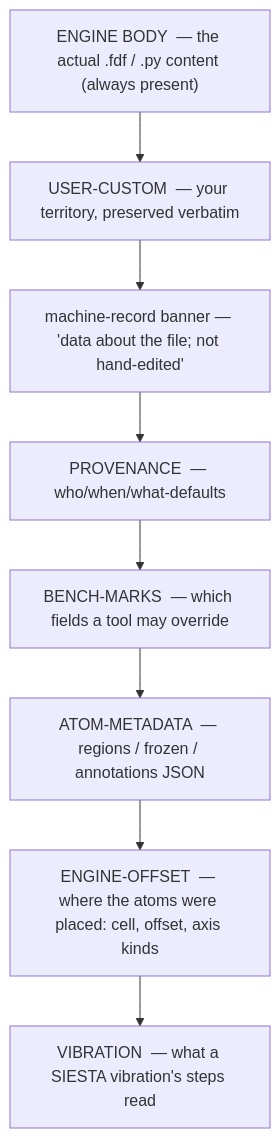
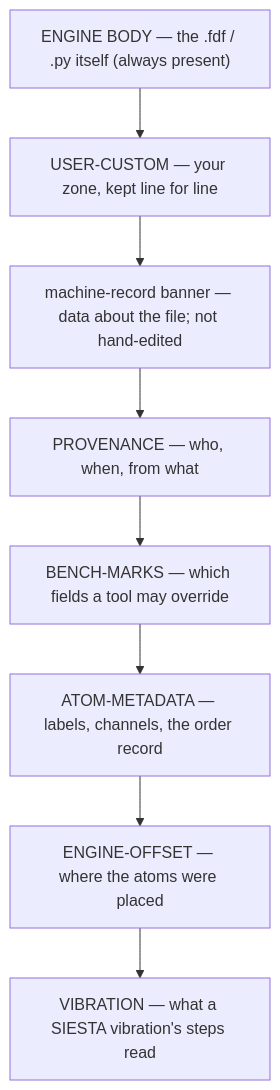
One commit to Qing-LAB/molbuilder changed the first of 2 diagrams in docs/execution/job-contracts.md. Above: the diagram before and after it, drawn with Mermaid. The commit also changed other lines of this file and 30 other files, not shown here.

````diff
--- a/docs/execution/job-contracts.md
+++ b/docs/execution/job-contracts.md
@@ -1099,12 +619,12 @@
 ```mermaid
 flowchart TD
-    E["ENGINE BODY  — the actual .fdf / .py content (always present)"]
-    U["USER-CUSTOM  — your territory, preserved verbatim"]
-    M["machine-record banner — 'data about the file; not hand-edited'"]
-    P["PROVENANCE  — who/when/what-defaults"]
-    B["BENCH-MARKS  — which fields a tool may override"]
-    A["ATOM-METADATA  — regions / frozen / annotations JSON"]
-    O["ENGINE-OFFSET  — where the atoms were placed: cell, offset, axis kinds"]
-    V["VIBRATION  — what a SIESTA vibration's steps read"]
+    E["ENGINE BODY — the .fdf / .py itself (always present)"]
+    U["USER-CUSTOM — your zone, kept line for line"]
+    M["machine-record banner — data about the file; not hand-edited"]
+    P["PROVENANCE — who, when, from what"]
+    B["BENCH-MARKS — which fields a tool may override"]
+    A["ATOM-METADATA — labels, channels, the order record"]
+    O["ENGINE-OFFSET — where the atoms were placed"]
+    V["VIBRATION — what a SIESTA vibration's steps read"]
     E --> U --> M --> P --> B --> A --> O --> V
 ```
````
